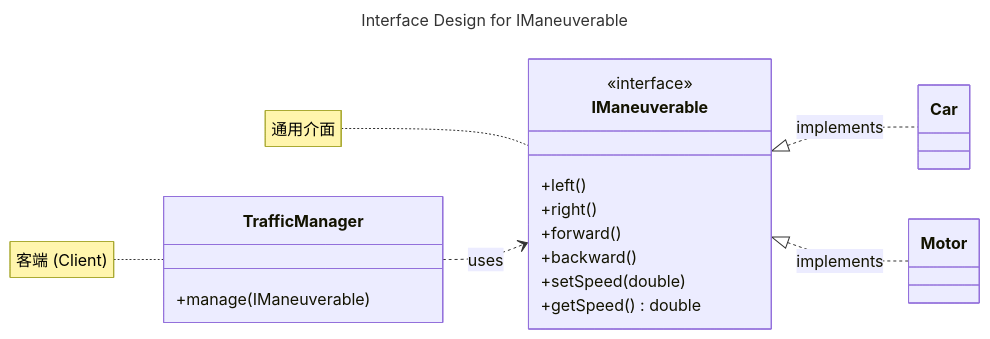
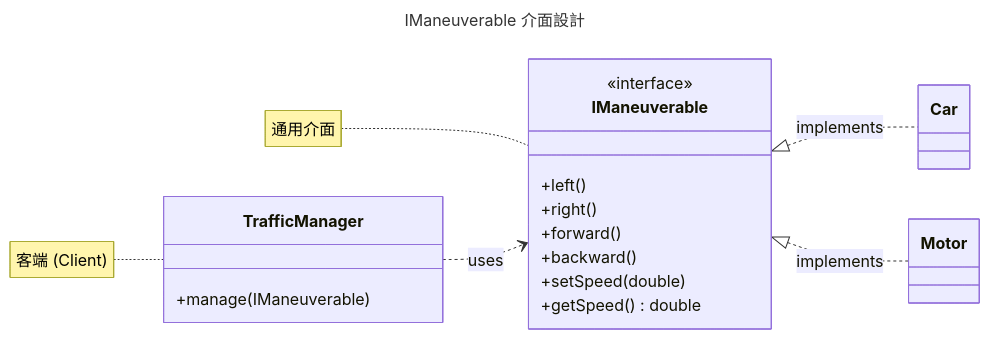
Before and after one commit to nlhsueh/teach_sw_fw: the fourth of 17 diagrams in Part3_Principle/ch08_oo.md, drawn with Mermaid. The commit also changed other lines of this file and 1 other file, not shown here.

Commit message:
style: translate diagram titles and notes to Chinese in ch07 and ch08

````diff
--- a/Part3_Principle/ch08_oo.md
+++ b/Part3_Principle/ch08_oo.md
@@ -210,29 +210,29 @@
 ```mermaid
 ---
-title: Interface Design for IManeuverable
+title: IManeuverable 介面設計
 ---
 classDiagram
     direction LR
     class IManeuverable {
         <<interface>>
         +left()
         +right()
         +forward()
         +backward()
         +setSpeed(double)
         +getSpeed() double
     }
     class Car
     class Motor
     class TrafficManager {
         +manage(IManeuverable)
     }
 
     IManeuverable <|.. Car: implements
     IManeuverable <|.. Motor: implements
     
     TrafficManager ..> IManeuverable : uses
 
     note for IManeuverable "通用介面"
     note for TrafficManager "客端 (Client)"
 ```
````
